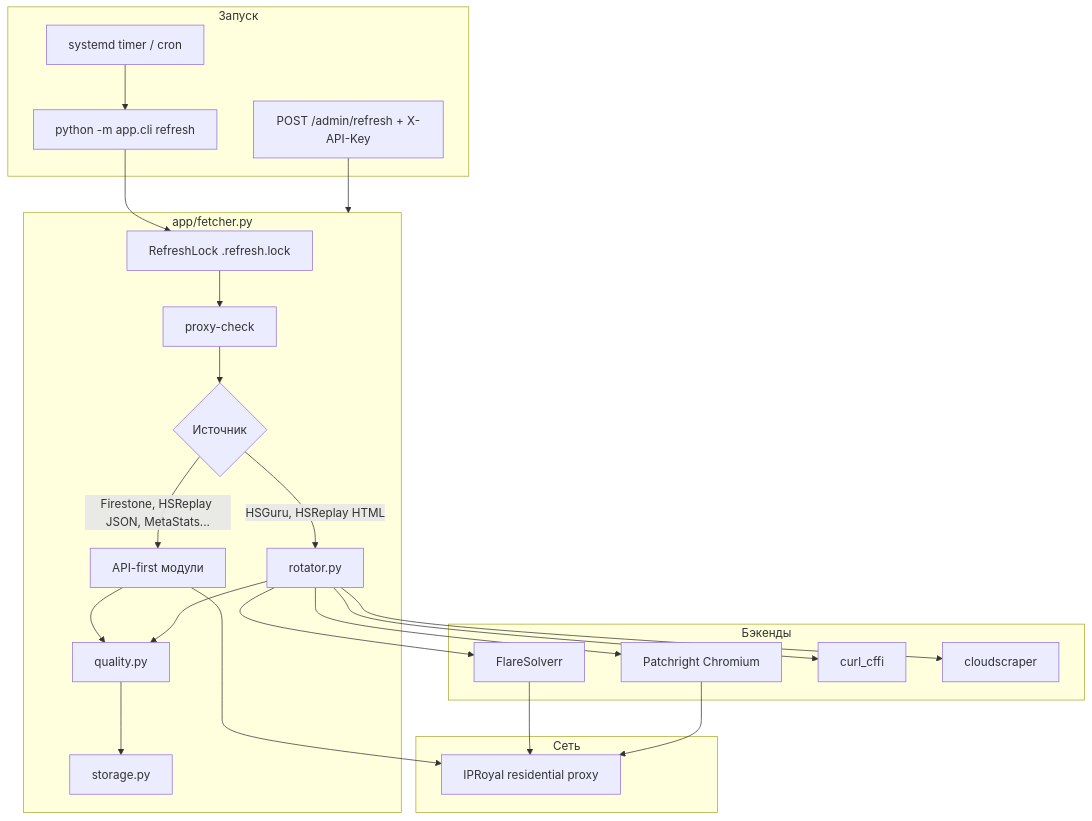
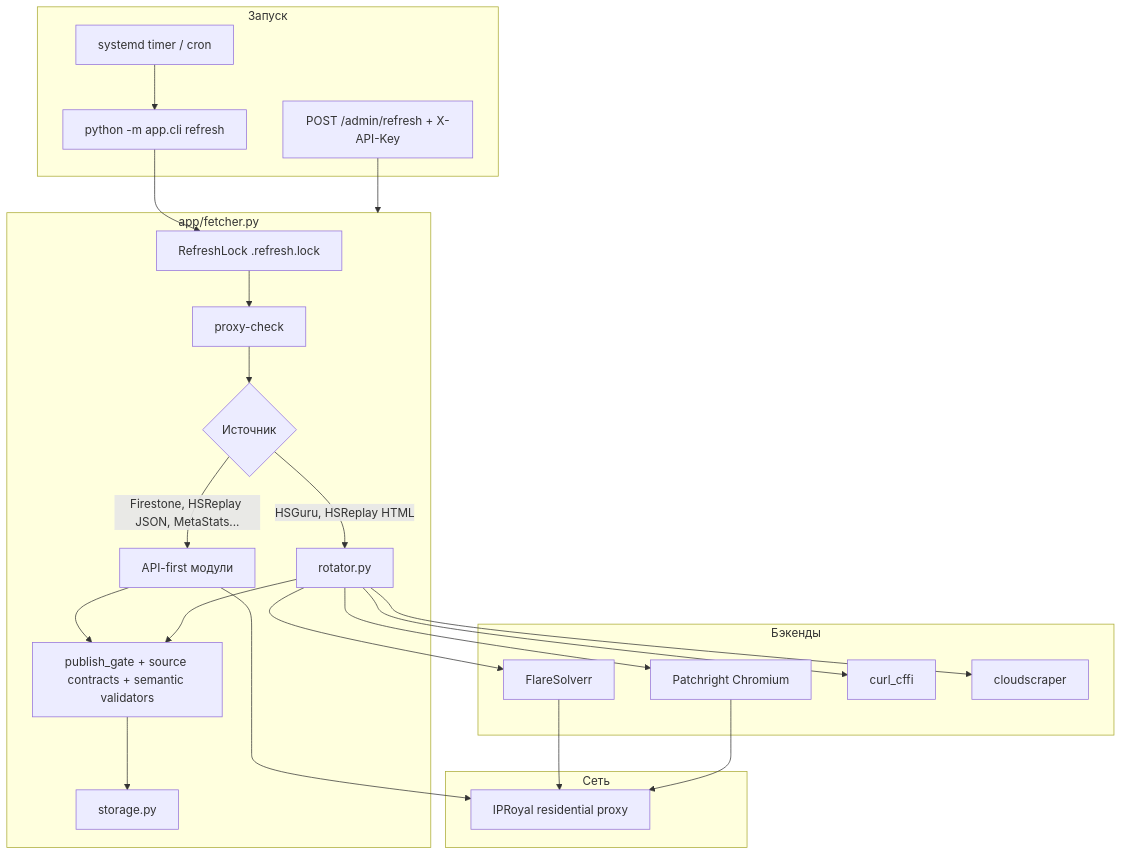
One commit to Zulut30/hearthstone-parses changed the diagram in docs/SECURITY_AND_PARSING.md. Above: the diagram before and after it, drawn with Mermaid. The commit also changed other lines of this file and 6 other files, not shown here.

````diff
--- a/docs/SECURITY_AND_PARSING.md
+++ b/docs/SECURITY_AND_PARSING.md
@@ -37,47 +37,47 @@
 ```mermaid
 flowchart TB
     subgraph start [Запуск]
         T[systemd timer / cron]
         C[python -m app.cli refresh]
         A[POST /admin/refresh + X-API-Key]
     end
 
     subgraph fetcher [app/fetcher.py]
         Lock[RefreshLock .refresh.lock]
         ProxyCheck[proxy-check]
         Route{Источник}
         API[API-first модули]
         Rot[rotator.py]
-        Q[quality.py]
+        Q[publish_gate + source contracts + semantic validators]
         Save[storage.py]
     end
 
     subgraph backends [Бэкенды]
         FS[FlareSolverr]
         PR[Patchright Chromium]
         CC[curl_cffi]
         CS[cloudscraper]
     end
 
     subgraph net [Сеть]
         P[IPRoyal residential proxy]
     end
 
     T --> C
     A --> fetcher
     C --> Lock
     Lock --> ProxyCheck
     ProxyCheck --> Route
     Route -->|Firestone, HSReplay JSON, MetaStats...| API
     Route -->|HSGuru, HSReplay HTML| Rot
     API --> P
     Rot --> FS
     Rot --> PR
     Rot --> CC
     Rot --> CS
     FS --> P
     PR --> P
     API --> Q
     Rot --> Q
     Q --> Save
 ```
````
